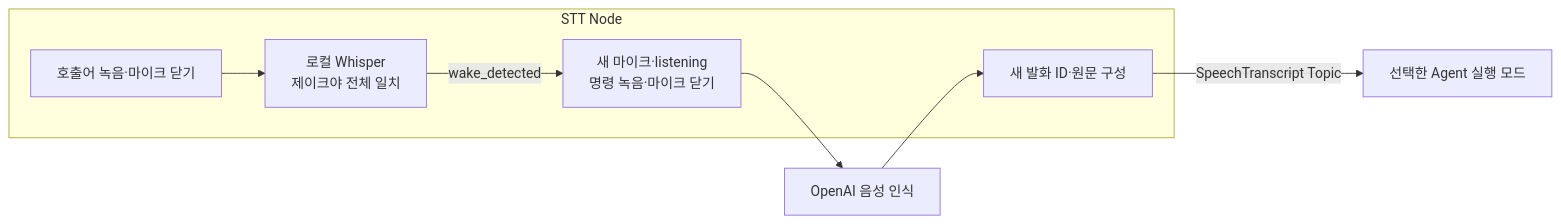
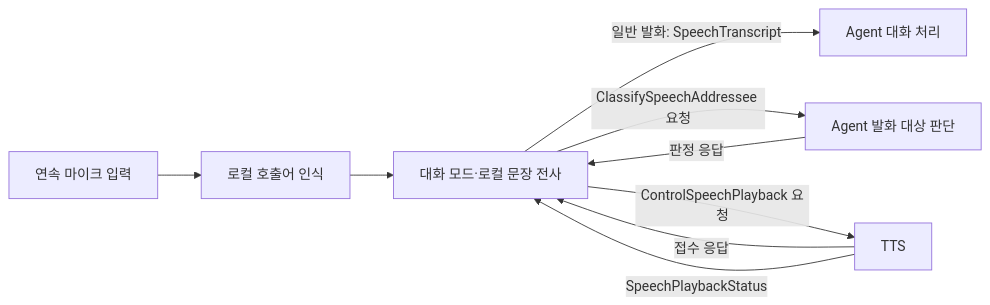
Before and after one commit to SWM-malbut/malbut: the diagram in malbut_stt/README.md, drawn with Mermaid. The commit also changed other lines of this file and 44 other files, not shown here.

Commit message:
feat(SWM25-174): implement local STT conversation and addressee flow

````diff
--- a/malbut_stt/README.md
+++ b/malbut_stt/README.md
@@ -8,10 +9,11 @@
 ```mermaid
 flowchart LR
-    subgraph STT["STT Node"]
-        W["호출어 녹음·마이크 닫기"] --> L["로컬 Whisper<br/>제이크야 전체 일치"]
-        L -->|"wake_detected"| R["새 마이크·listening<br/>명령 녹음·마이크 닫기"]
-        P["새 발화 ID·원문 구성"]
-    end
-    R --> O["OpenAI 음성 인식"] --> P
-    P -->|"SpeechTranscript Topic"| A["선택한 Agent 실행 모드"]
+    M["연속 마이크 입력"] --> W["로컬 호출어 인식"]
+    W --> S["대화 모드·로컬 문장 전사"]
+    S -->|"일반 발화: SpeechTranscript"| A["Agent 대화 처리"]
+    S -->|"ClassifySpeechAddressee 요청"| C["Agent 발화 대상 판단"]
+    C -->|"판정 응답"| S
+    S -->|"ControlSpeechPlayback 요청"| T["TTS"]
+    T -->|"접수 응답"| S
+    T -->|"SpeechPlaybackStatus"| S
 ```
````
